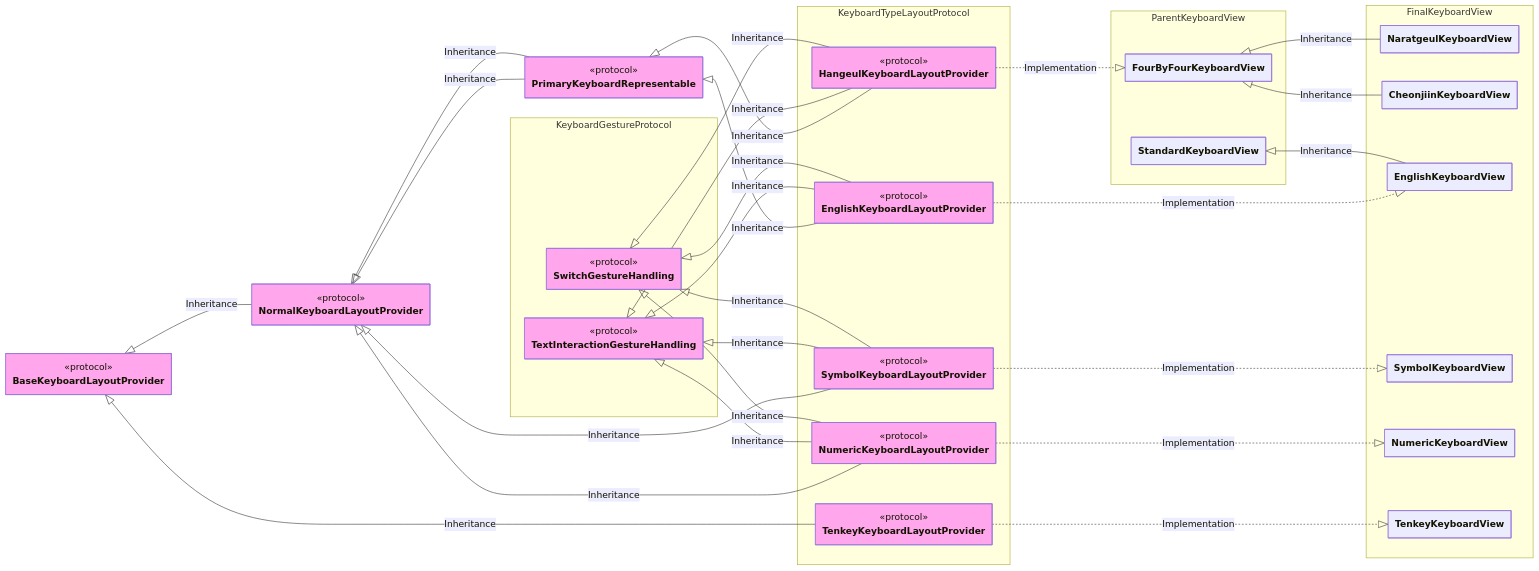
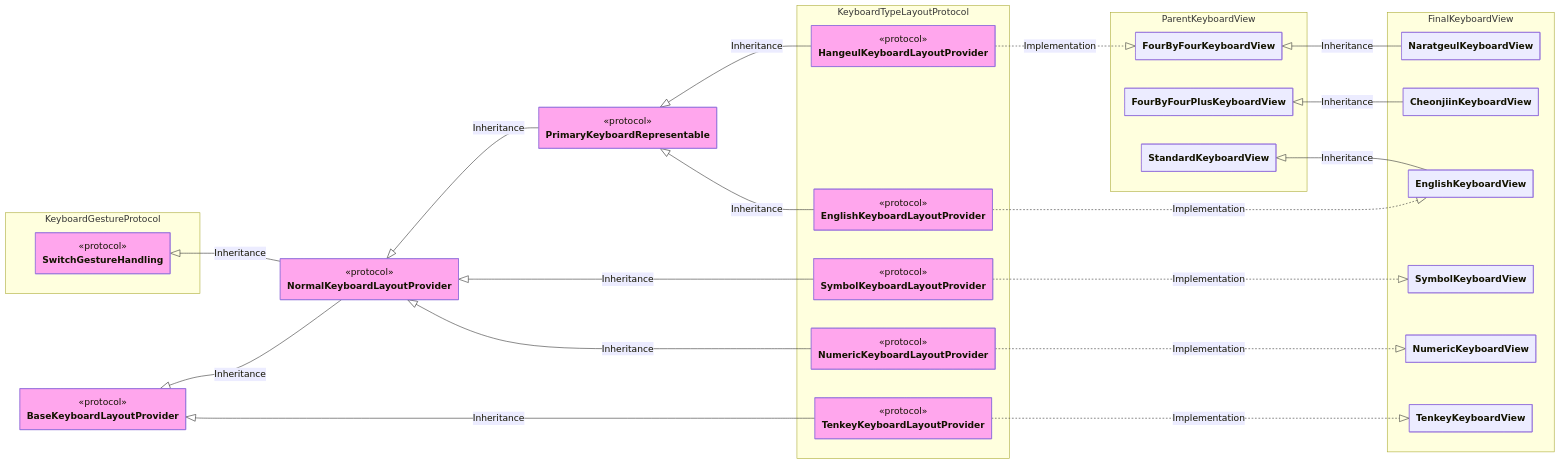
The second of 3 diagrams in README.md (SNMac/SYKeyboard), drawn with Mermaid before and after one commit. The commit also changed other lines of this file, not shown here.

```diff
--- a/README.md
+++ b/README.md
@@ -455,7 +452,6 @@
 direction LR
     %% Keyboard Layout
     namespace KeyboardGestureProtocol {
-      class TextInteractionGestureHandling
       class SwitchGestureHandling
     }
 
@@ -469,6 +465,7 @@
 
     namespace ParentKeyboardView {
       class FourByFourKeyboardView
+      class FourByFourPlusKeyboardView
       class StandardKeyboardView
     }
 
@@ -483,7 +480,6 @@
 
     class BaseKeyboardLayoutProvider:::SYKeyboard_primary { <<protocol>> }
     class NormalKeyboardLayoutProvider:::SYKeyboard_primary { <<protocol>> }
-    class TextInteractionGestureHandling:::SYKeyboard_primary { <<protocol>> }
     class SwitchGestureHandling:::SYKeyboard_primary { <<protocol>> }
     class PrimaryKeyboardRepresentable:::SYKeyboard_primary { <<protocol>> }
     class HangeulKeyboardLayoutProvider:::SYKeyboard_primary { <<protocol>> }
@@ -493,36 +489,28 @@
     class TenkeyKeyboardLayoutProvider:::SYKeyboard_primary { <<protocol>> }
 
     BaseKeyboardLayoutProvider <|-- NormalKeyboardLayoutProvider: Inheritance
+    SwitchGestureHandling <|-- NormalKeyboardLayoutProvider: Inheritance
     BaseKeyboardLayoutProvider <|-- TenkeyKeyboardLayoutProvider: Inheritance
 
-    NormalKeyboardLayoutProvider <|-- PrimaryKeyboardRepresentable: Inheritance
     NormalKeyboardLayoutProvider <|-- PrimaryKeyboardRepresentable: Inheritance
 
     TenkeyKeyboardLayoutProvider ..|> TenkeyKeyboardView: Implementation
 
     PrimaryKeyboardRepresentable <|-- HangeulKeyboardLayoutProvider: Inheritance
-    TextInteractionGestureHandling <|-- HangeulKeyboardLayoutProvider: Inheritance
-    SwitchGestureHandling <|-- HangeulKeyboardLayoutProvider: Inheritance
     HangeulKeyboardLayoutProvider ..|> FourByFourKeyboardView: Implementation
 
     FourByFourKeyboardView <|-- NaratgeulKeyboardView: Inheritance
-    FourByFourKeyboardView <|-- CheonjiinKeyboardView: Inheritance
+    FourByFourPlusKeyboardView <|-- CheonjiinKeyboardView: Inheritance
 
     PrimaryKeyboardRepresentable <|-- EnglishKeyboardLayoutProvider: Inheritance
 
-    TextInteractionGestureHandling <|-- EnglishKeyboardLayoutProvider: Inheritance
-    SwitchGestureHandling <|-- EnglishKeyboardLayoutProvider: Inheritance
     EnglishKeyboardLayoutProvider ..|> EnglishKeyboardView: Implementation
     StandardKeyboardView <|-- EnglishKeyboardView: Inheritance
 
     NormalKeyboardLayoutProvider <|-- SymbolKeyboardLayoutProvider: Inheritance
-    TextInteractionGestureHandling <|-- SymbolKeyboardLayoutProvider: Inheritance
-    SwitchGestureHandling <|-- SymbolKeyboardLayoutProvider: Inheritance
     SymbolKeyboardLayoutProvider ..|> SymbolKeyboardView: Implementation
 
     NormalKeyboardLayoutProvider <|-- NumericKeyboardLayoutProvider: Inheritance
-    TextInteractionGestureHandling <|-- NumericKeyboardLayoutProvider: Inheritance
-    SwitchGestureHandling <|-- NumericKeyboardLayoutProvider: Inheritance
     NumericKeyboardLayoutProvider ..|> NumericKeyboardView: Implementation
     
     classDef SYKeyboard_primary fill:#ffa6ed
```
